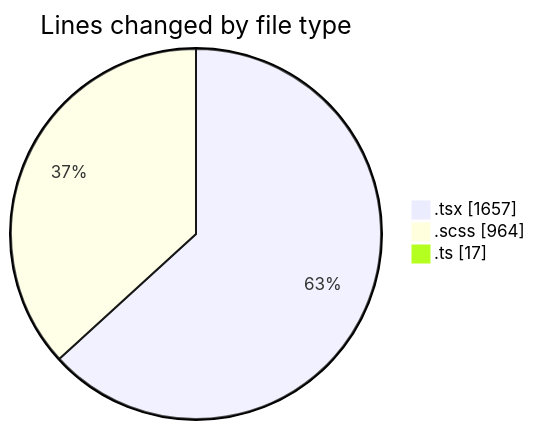
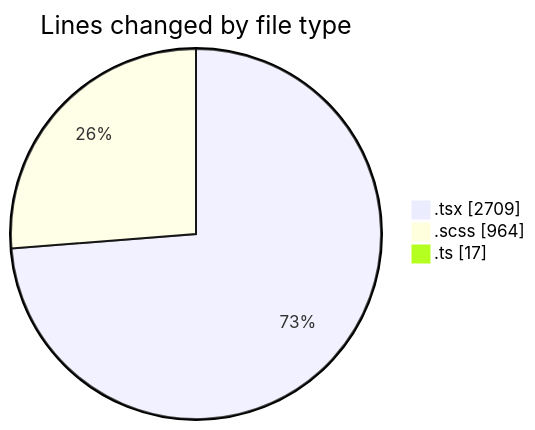
Before and after one commit to momahboobian/code-tracking: the first of 2 diagrams in 2025-09-19/cda/README.md, drawn with Mermaid. The commit also changed other lines of this file and 1 other file, not shown here.

````diff
--- a/2025-09-19/cda/README.md
+++ b/2025-09-19/cda/README.md
@@ -26,7 +26,7 @@
 ```mermaid
 pie showData
 title Lines changed by file type
-".tsx" : 1657
+".tsx" : 2709
 ".scss" : 964
 ".ts" : 17
 ```
````
